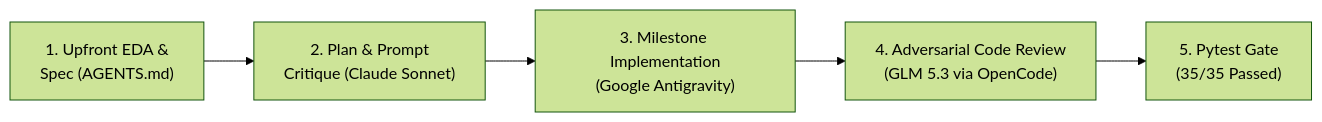
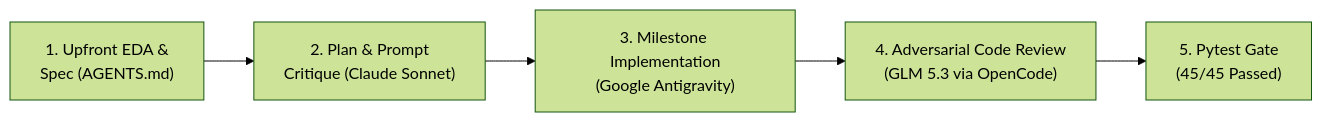
Before and after one commit to owmyr/Artefact: the second of 2 diagrams in README.md, drawn with Mermaid (forest theme). The commit also changed other lines of this file and 18 other files, not shown here.

````diff
--- a/README.md
+++ b/README.md
@@ -372,7 +375,7 @@
 ```mermaid
 flowchart LR
     EDA["1. Upfront EDA &<br/>Spec (AGENTS.md)"] --> PLAN["2. Plan & Prompt<br/>Critique (Claude Sonnet)"]
     PLAN --> IMPL["3. Milestone Implementation<br/>(Google Antigravity)"]
     IMPL --> ADV["4. Adversarial Code Review<br/>(GLM 5.3 via OpenCode)"]
-    ADV --> TEST["5. Pytest Gate<br/>(35/35 Passed)"]
+    ADV --> TEST["5. Pytest Gate<br/>(45/45 Passed)"]
 ```
````
